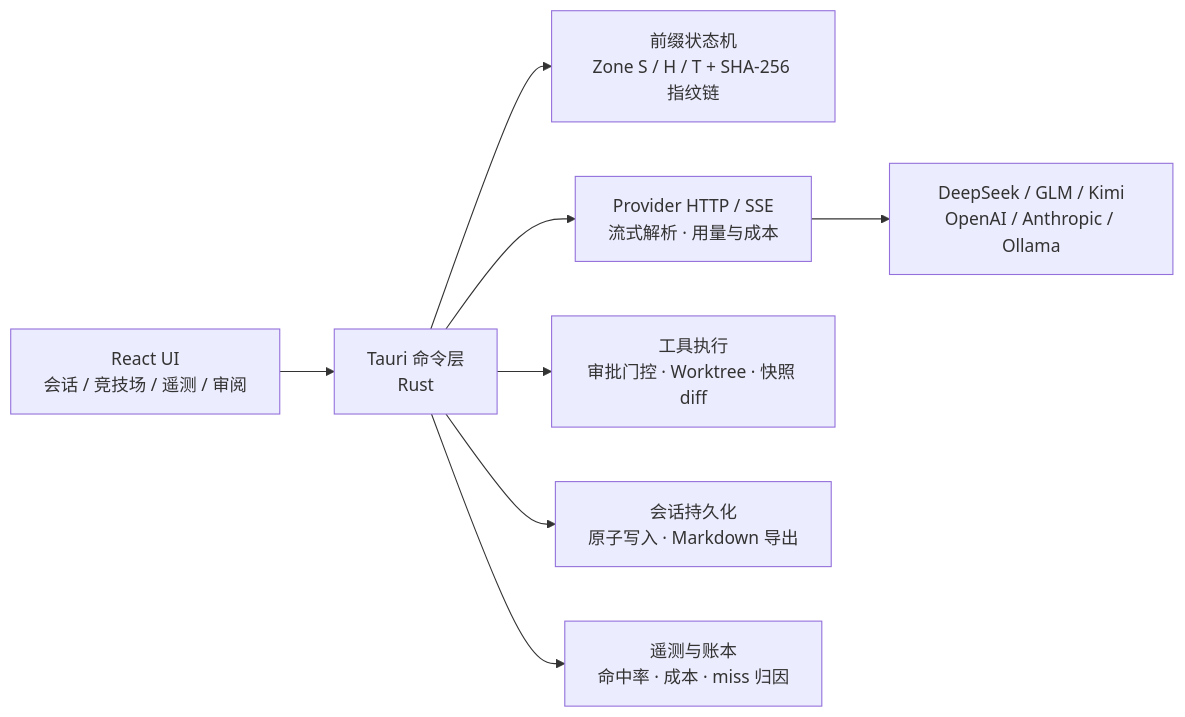
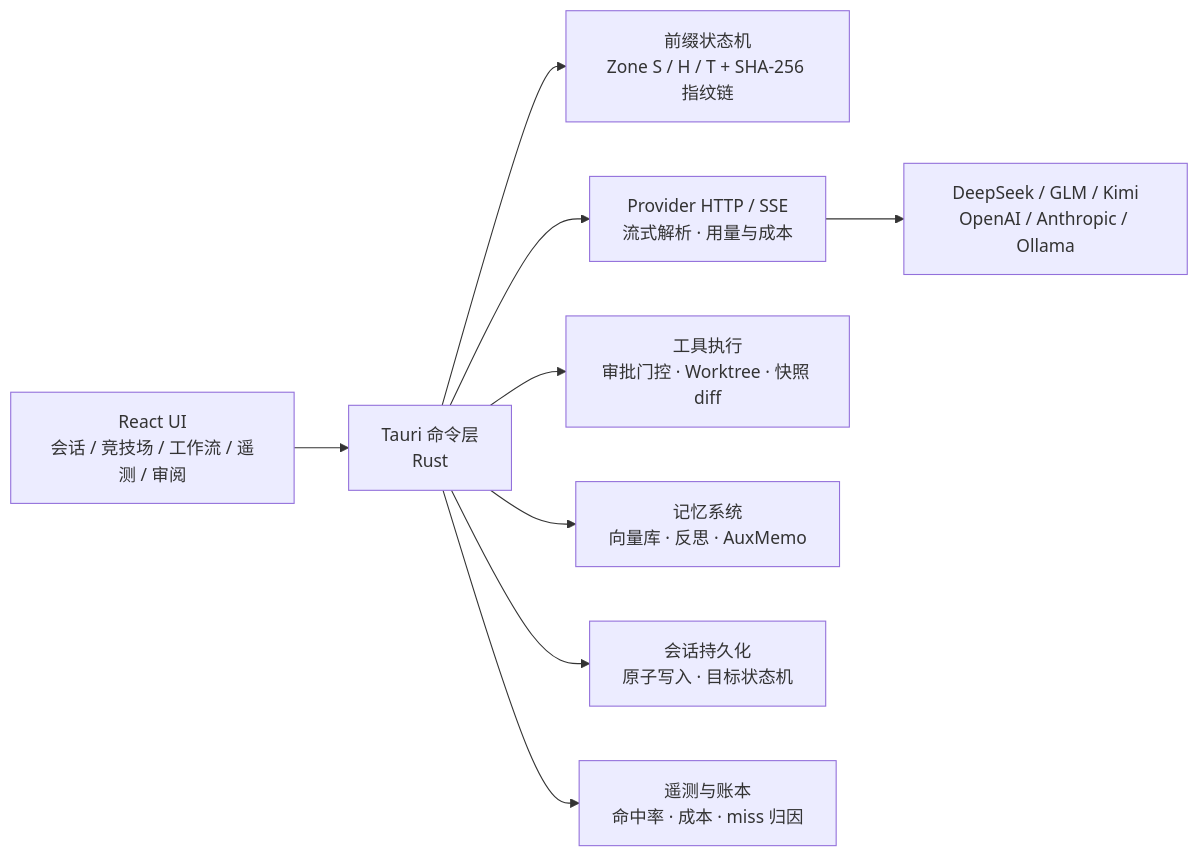
Before and after one commit to Technicalflight/CCHarness: the diagram in README.md, drawn with Mermaid. The commit also changed other lines of this file and 5 other files, not shown here.

````diff
--- a/README.md
+++ b/README.md
@@ -88,10 +141,11 @@
 ```mermaid
 flowchart LR
-    UI["React UI<br/>会话 / 竞技场 / 遥测 / 审阅"] --> CMD["Tauri 命令层<br/>Rust"]
+    UI["React UI<br/>会话 / 竞技场 / 工作流 / 遥测 / 审阅"] --> CMD["Tauri 命令层<br/>Rust"]
     CMD --> PREFIX["前缀状态机<br/>Zone S / H / T + SHA-256 指纹链"]
     CMD --> CHAT["Provider HTTP / SSE<br/>流式解析 · 用量与成本"]
     CHAT --> MODELS["DeepSeek / GLM / Kimi<br/>OpenAI / Anthropic / Ollama"]
     CMD --> TOOLS["工具执行<br/>审批门控 · Worktree · 快照 diff"]
-    CMD --> SESSIONS["会话持久化<br/>原子写入 · Markdown 导出"]
+    CMD --> MEMO["记忆系统<br/>向量库 · 反思 · AuxMemo"]
+    CMD --> SESSIONS["会话持久化<br/>原子写入 · 目标状态机"]
     CMD --> TELE["遥测与账本<br/>命中率 · 成本 · miss 归因"]
 ```
````
